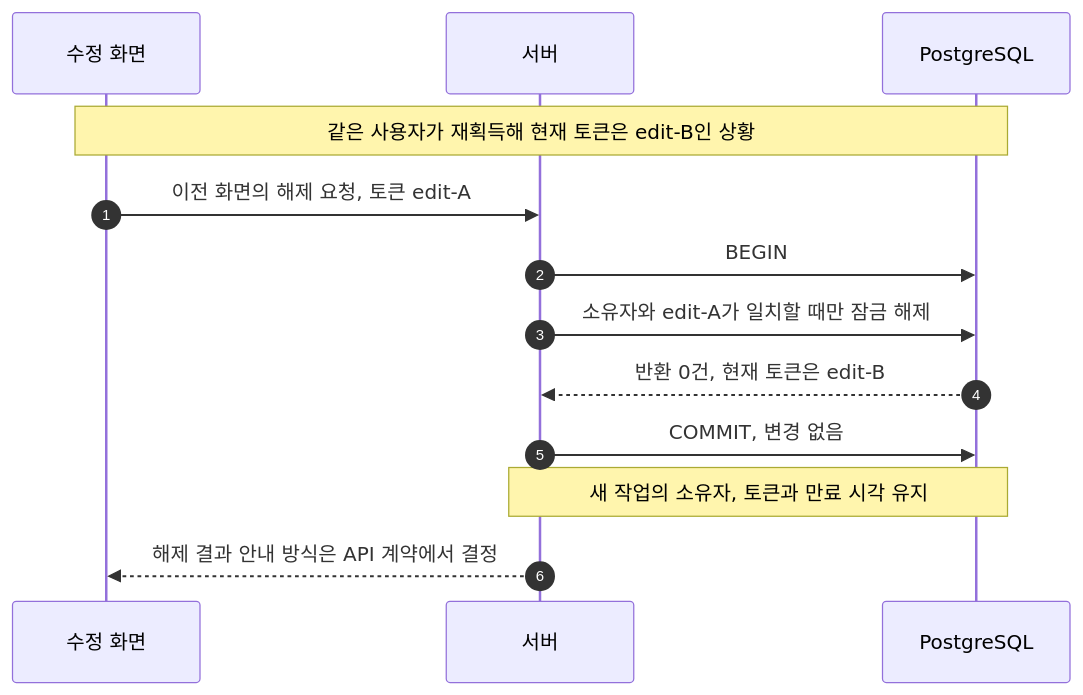
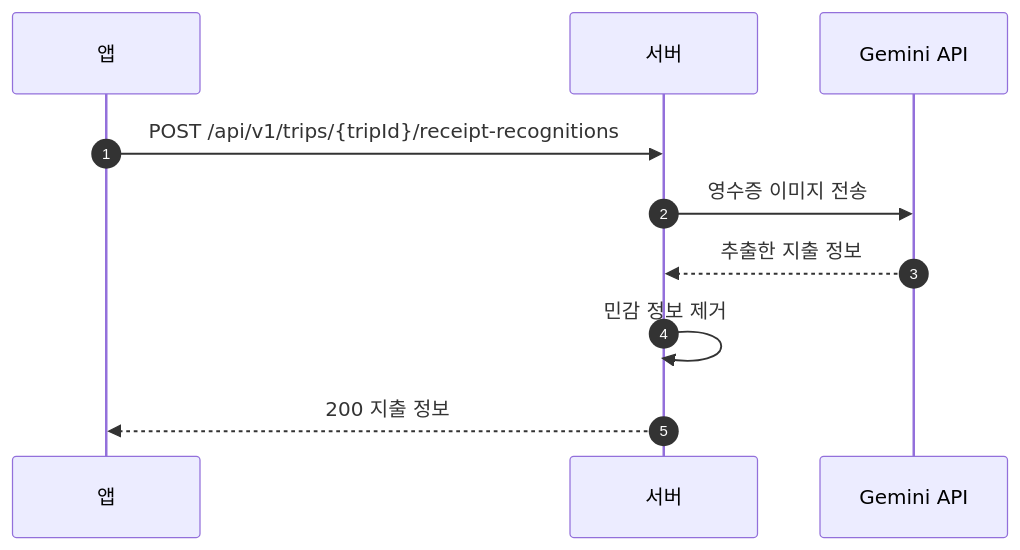
One commit to JECT-Study/Billit-5th-Docs changed the fourth of 4 diagrams in design/expense.md. Above: the diagram before and after it, drawn with Mermaid. The commit also changed other lines of this file and 3 other files, not shown here.

````diff
--- a/design/expense.md
+++ b/design/expense.md
@@ -425,15 +420,13 @@
 ```mermaid
 sequenceDiagram
     autonumber
-    participant App as 수정 화면
+    participant App as 앱
     participant Server as 서버
-    participant DB as PostgreSQL
-    Note over App,DB: 같은 사용자가 재획득해 현재 토큰은 edit-B인 상황
-    App->>Server: 이전 화면의 해제 요청, 토큰 edit-A
-    Server->>DB: BEGIN
-    Server->>DB: 소유자와 edit-A가 일치할 때만 잠금 해제
-    DB-->>Server: 반환 0건, 현재 토큰은 edit-B
-    Server->>DB: COMMIT, 변경 없음
-    Note over Server,DB: 새 작업의 소유자, 토큰과 만료 시각 유지
-    Server-->>App: 해제 결과 안내 방식은 API 계약에서 결정
+    participant Gemini as Gemini API
+
+    App->>Server: POST /api/v1/trips/{tripId}/receipt-recognitions
+    Server->>Gemini: 영수증 이미지 전송
+    Gemini-->>Server: 추출한 지출 정보
+    Server->>Server: 민감 정보 제거
+    Server-->>App: 200 지출 정보
 ```
````
